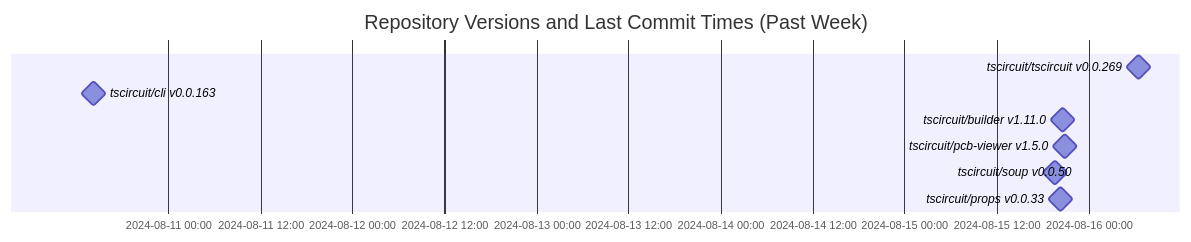
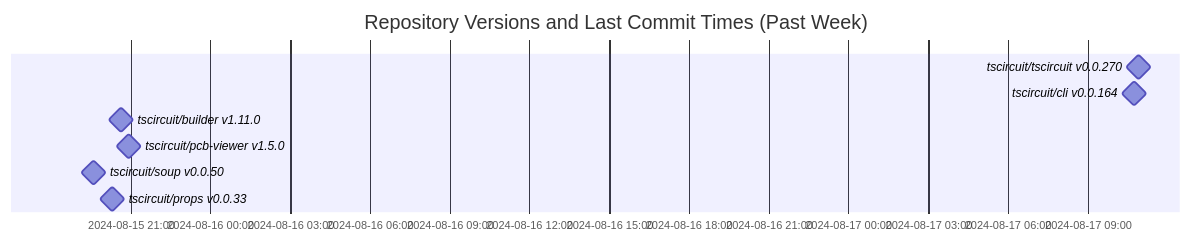
One commit to tscircuit/version-tracker changed the diagram in README.md. Above: the diagram before and after it, drawn with Mermaid.

Commit message:
Update chart

````diff
--- a/README.md
+++ b/README.md
@@ -1,13 +1,13 @@
 ```mermaid
 gantt
   dateFormat  YYYY-MM-DD HH:mm:ss
   title Repository Versions and Last Commit Times (Past Week)
   axisFormat %Y-%m-%d %H:%M
 
-  tscircuit/tscircuit v0.0.269 : milestone, 2024-08-16 06:30:15, 1s
-  tscircuit/cli v0.0.163 : milestone, 2024-08-10 14:15:28, 1s
+  tscircuit/tscircuit v0.0.270 : milestone, 2024-08-17 10:54:38, 1s
+  tscircuit/cli v0.0.164 : milestone, 2024-08-17 10:43:36, 1s
   tscircuit/builder v1.11.0 : milestone, 2024-08-15 20:38:45, 1s
   tscircuit/pcb-viewer v1.5.0 : milestone, 2024-08-15 20:55:08, 1s
   tscircuit/soup v0.0.50 : milestone, 2024-08-15 19:36:27, 1s
   tscircuit/props v0.0.33 : milestone, 2024-08-15 20:18:33, 1s
 ```
````
